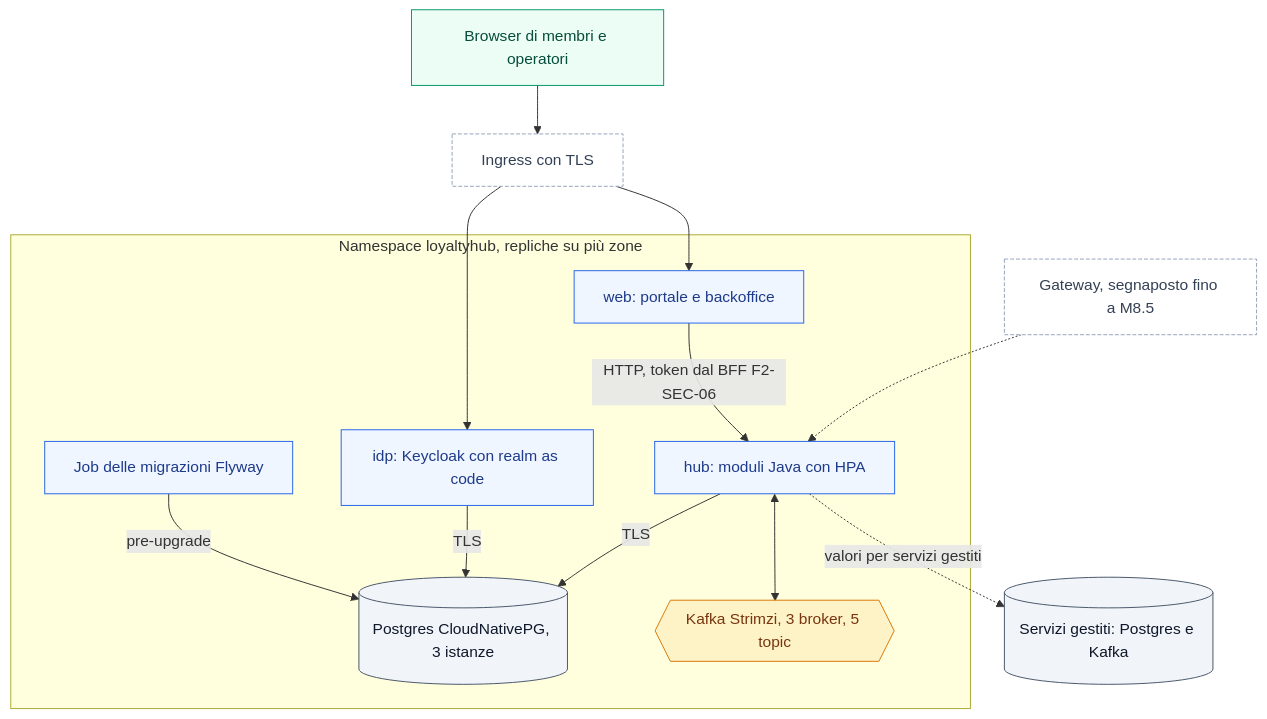
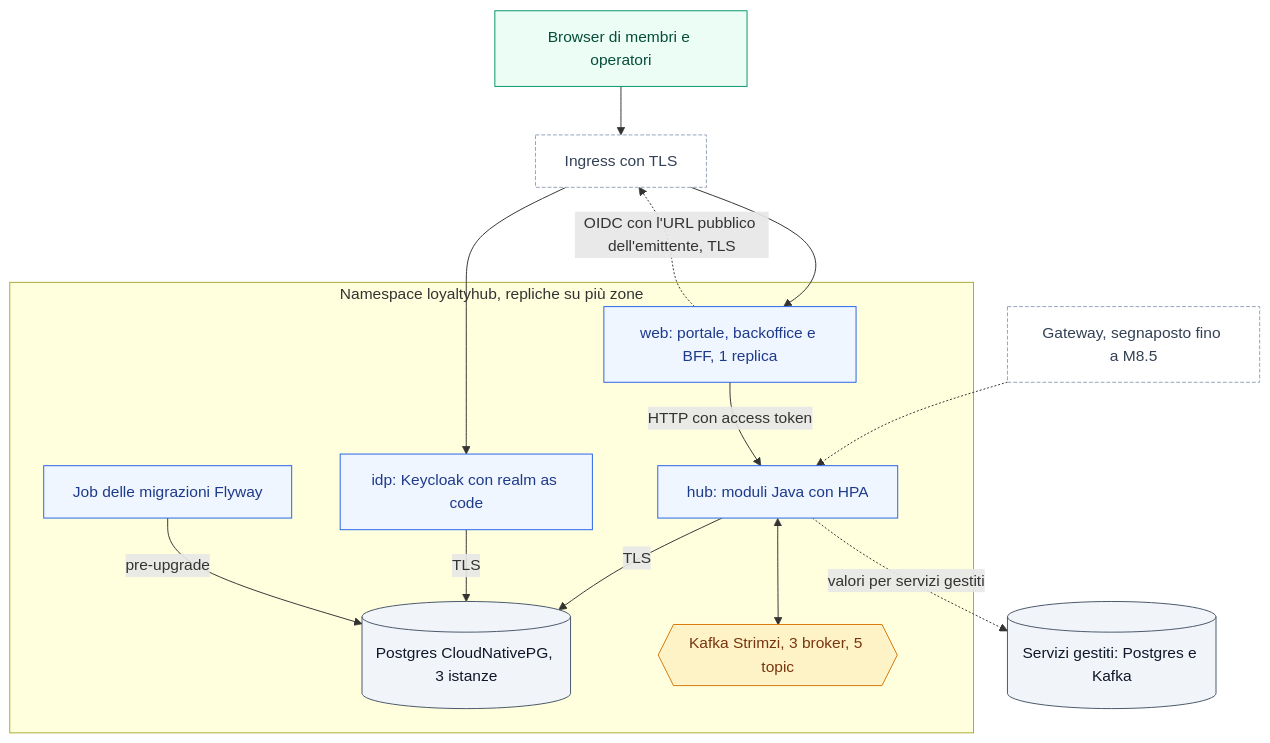
The diagram in deploy/README.md (peppe-ruv/Loyalty_Sys), drawn with Mermaid before and after one commit. The commit also changed other lines of this file and 18 other files, not shown here.

First line of the commit message:
feat(deploy): login OIDC del web nel chart e nel compose [F2-SEC-06, F2-DIST-02, F2-DIST-03, ADR-027, ADR-044, M8.2] (#104)

````diff
--- a/deploy/README.md
+++ b/deploy/README.md
@@ -45,37 +46,38 @@
 ```mermaid
 flowchart TB
   accTitle: Topologia del chart Helm in un cluster multi-zona
-  accDescr: L'Ingress porta il browser al ruolo web e al login del ruolo idp; web chiama hub dentro il cluster, con il token solo quando esisterà il BFF; hub usa Postgres di CloudNativePG e i 5 topic di Kafka gestiti da Strimzi; il Job di migrazione aggiorna gli schemi prima dei nuovi Pod; con i valori per servizi gestiti Postgres e Kafka stanno fuori dal cluster.
+  accDescr: L'Ingress porta il browser al ruolo web e al login del ruolo idp; il web, con una sola replica nel profilo enterprise, fa login su idp con l'URL pubblico dell'emittente passando dall'Ingress e chiama hub dentro il cluster con l'access token; hub usa Postgres di CloudNativePG e i 5 topic di Kafka gestiti da Strimzi; il Job di migrazione aggiorna gli schemi prima dei nuovi Pod; con i valori per servizi gestiti Postgres e Kafka stanno fuori dal cluster.
   USR[Browser di membri e operatori]
   ING[Ingress con TLS]
   GW[Gateway, segnaposto fino a M8.5]
   subgraph K8S["Namespace loyaltyhub, repliche su più zone"]
-    WEB[web: portale e backoffice]
+    WEB[web: portale, backoffice e BFF, 1 replica]
     HUB[hub: moduli Java con HPA]
     IDP[idp: Keycloak con realm as code]
     MIG[Job delle migrazioni Flyway]
     PG[(Postgres CloudNativePG, 3 istanze)]
     KF{{Kafka Strimzi, 3 broker, 5 topic}}
   end
   EXT[(Servizi gestiti: Postgres e Kafka)]
   USR --> ING
   ING --> WEB
   ING --> IDP
   GW -.-> HUB
-  WEB -->|HTTP, token dal BFF F2-SEC-06| HUB
+  WEB -.->|OIDC con l'URL pubblico dell'emittente, TLS| ING
+  WEB -->|HTTP con access token| HUB
   HUB -->|TLS| PG
   HUB <--> KF
   IDP -->|TLS| PG
   MIG -->|pre-upgrade| PG
   HUB -.->|valori per servizi gestiti| EXT
   classDef svc fill:#EFF6FF,stroke:#2563EB,color:#1E3A8A
   classDef store fill:#F1F5F9,stroke:#475569,color:#0F172A
   classDef topic fill:#FEF3C7,stroke:#D97706,color:#78350F
   classDef ext fill:#FFFFFF,stroke:#94A3B8,stroke-dasharray:4 2,color:#334155
   classDef human fill:#ECFDF5,stroke:#059669,color:#064E3B
   class WEB,HUB,IDP,MIG svc
   class PG,EXT store
   class KF topic
   class ING,GW ext
   class USR human
 ```
````
